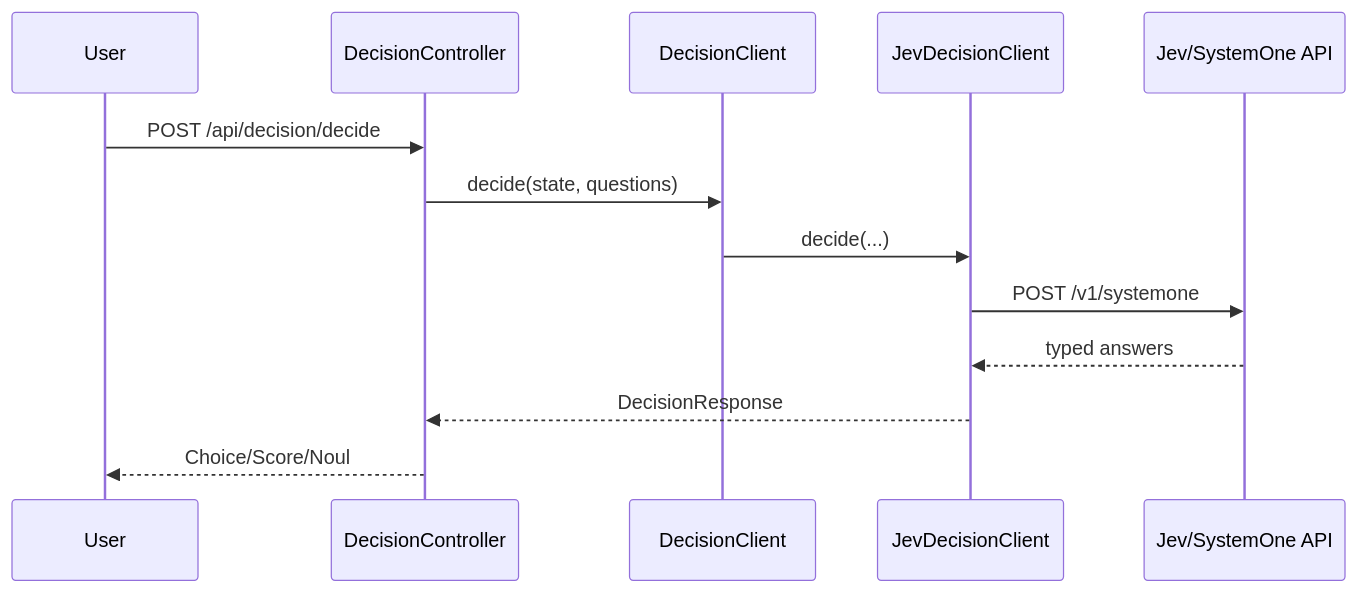
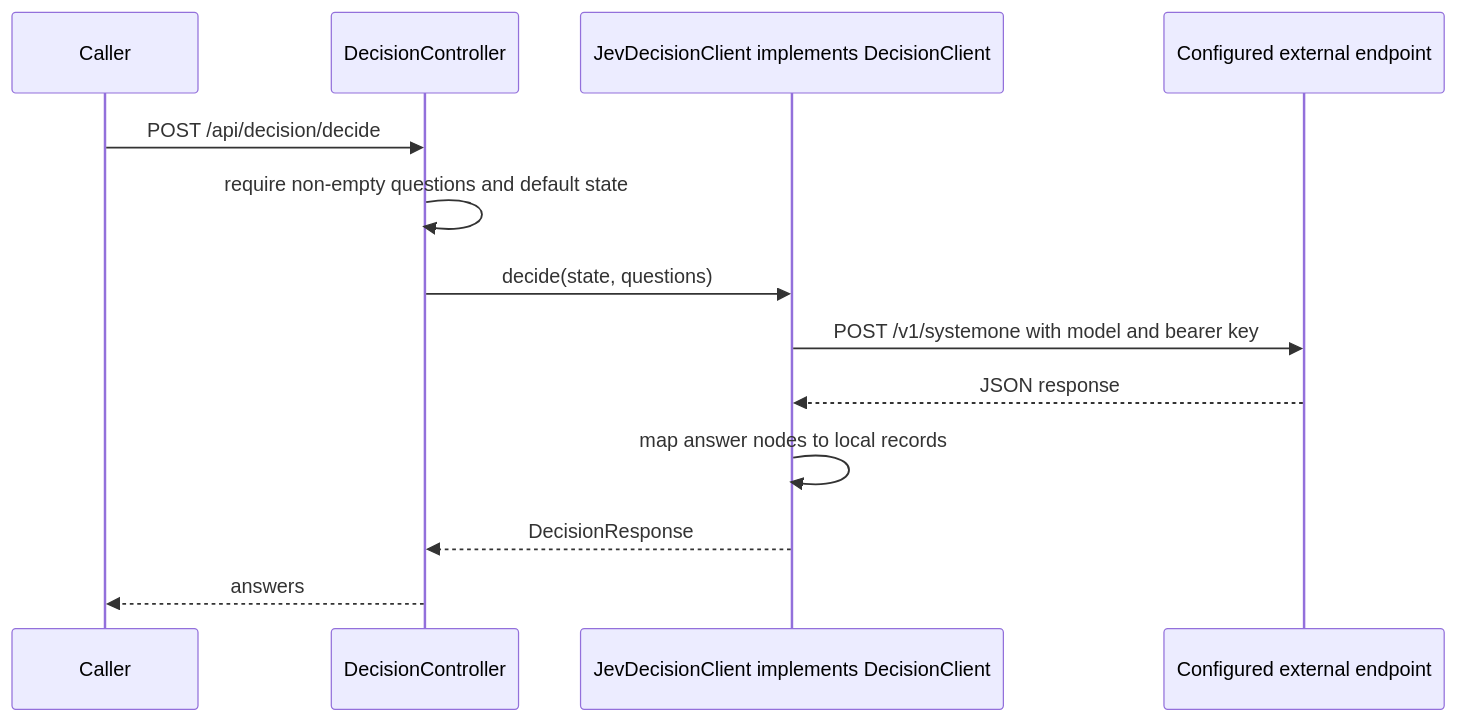
The first of 2 diagrams in ai-decision/README.md (prasadgaikwad/spring-ai-apps), drawn with Mermaid before and after one commit. The commit also changed other lines of this file and 23 other files, not shown here.

````diff
--- a/ai-decision/README.md
+++ b/ai-decision/README.md
@@ -52,15 +60,15 @@
 ```mermaid
 sequenceDiagram
-  participant U as User
-  participant D as DecisionController
-  participant C as DecisionClient
-  participant J as JevDecisionClient
-  participant API as Jev/SystemOne API
-  U->>D: POST /api/decision/decide
-  D->>C: decide(state, questions)
-  C->>J: decide(...)
-  J->>API: POST /v1/systemone
-  API-->>J: typed answers
-  J-->>D: DecisionResponse
-  D-->>U: Choice/Score/Noul
+    participant U as Caller
+    participant D as DecisionController
+    participant J as JevDecisionClient implements DecisionClient
+    participant API as Configured external endpoint
+    U->>D: POST /api/decision/decide
+    D->>D: require non-empty questions and default state
+    D->>J: decide(state, questions)
+    J->>API: POST /v1/systemone with model and bearer key
+    API-->>J: JSON response
+    J->>J: map answer nodes to local records
+    J-->>D: DecisionResponse
+    D-->>U: answers
 ```
````
